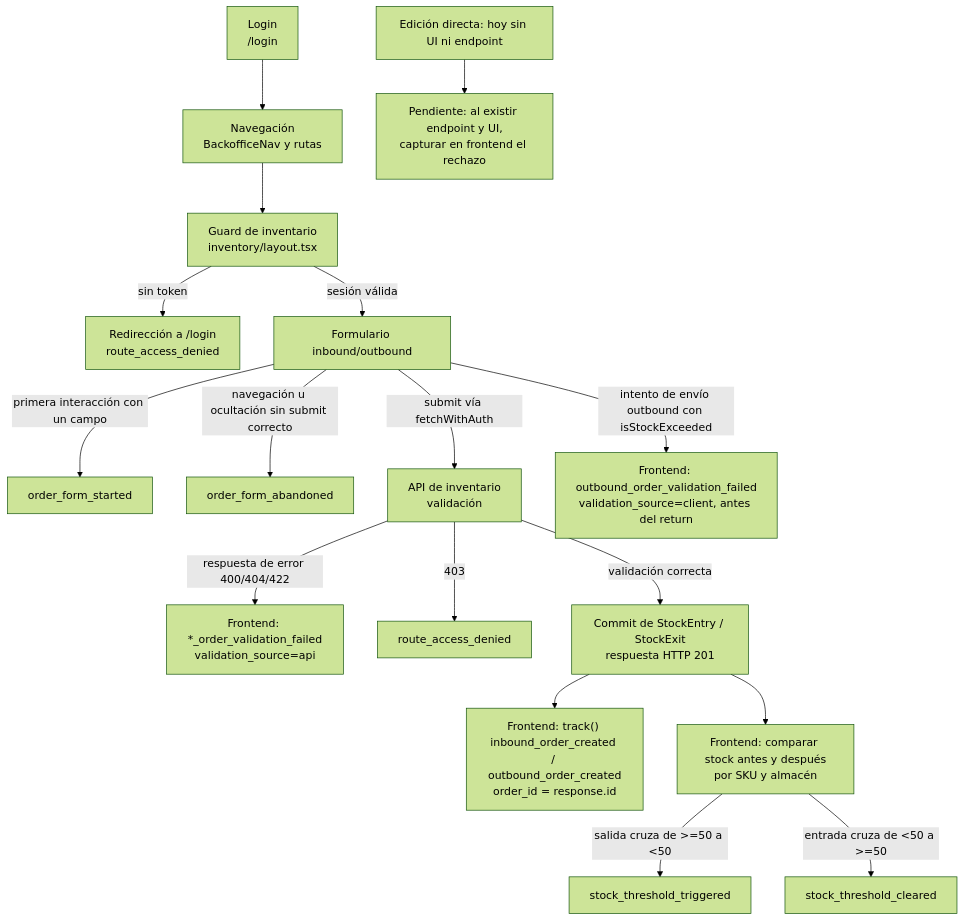
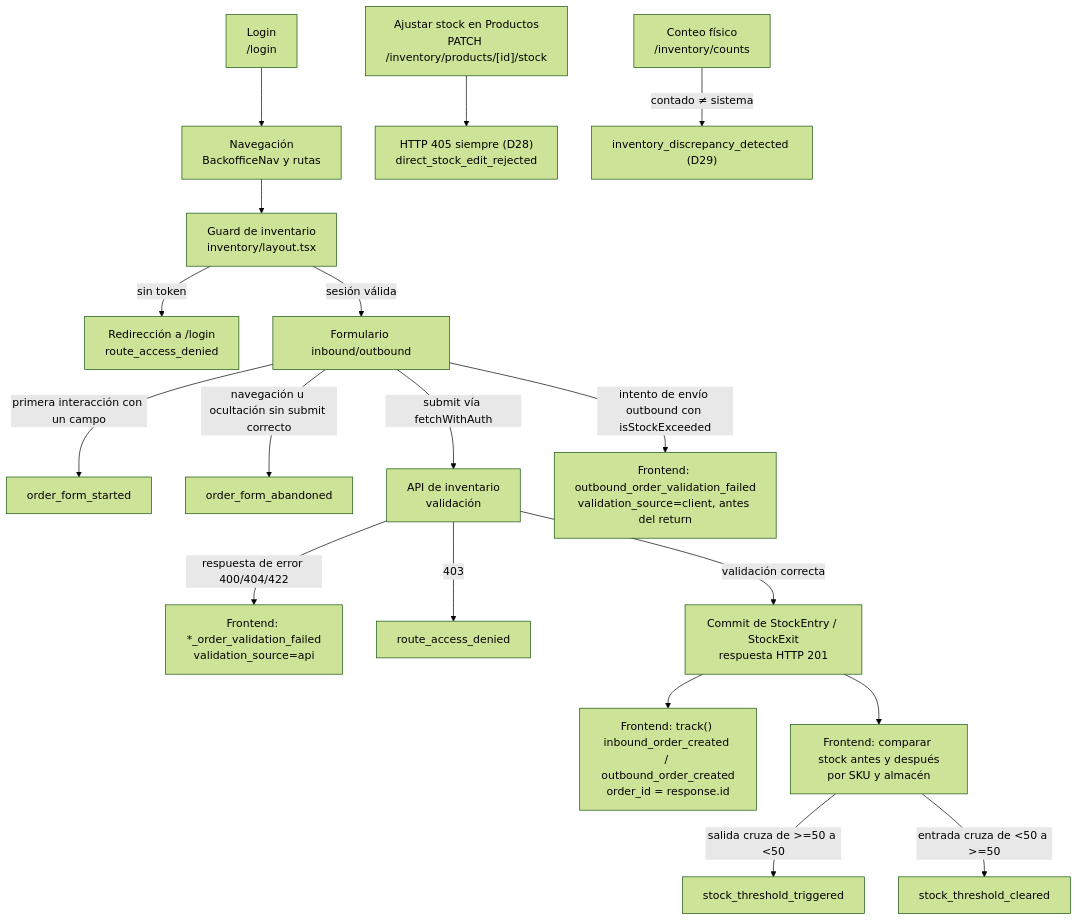
Before and after one commit to 4GeeksAcademy/Mi-Contexto-De-Empresa-Marisin: the diagram in docs/telemetry/telemetry-plan.md, drawn with Mermaid (forest theme). The commit also changed other lines of this file, not shown here.

````diff
--- a/docs/telemetry/telemetry-plan.md
+++ b/docs/telemetry/telemetry-plan.md
@@ -41,19 +41,20 @@
 ```mermaid
 flowchart TD
     A["Login<br/>/login"] --> B["Navegación<br/>BackofficeNav y rutas"]
     B --> C["Guard de inventario<br/>inventory/layout.tsx"]
     C -->|sin token| D["Redirección a /login<br/>route_access_denied"]
     C -->|sesión válida| E["Formulario inbound/outbound"]
     E -->|primera interacción con un campo| F["order_form_started"]
     E -->|navegación u ocultación sin submit correcto| G["order_form_abandoned"]
     E -->|submit vía fetchWithAuth| H["API de inventario<br/>validación"]
     H -->|respuesta de error 400/404/422| I["Frontend: *_order_validation_failed<br/>validation_source=api"]
     E -->|intento de envío outbound con isStockExceeded| I2["Frontend: outbound_order_validation_failed<br/>validation_source=client, antes del return"]
     H -->|403| J["route_access_denied"]
     H -->|validación correcta| K["Commit de StockEntry / StockExit<br/>respuesta HTTP 201"]
     K --> L["Frontend: track() inbound_order_created / outbound_order_created<br/>order_id = response.id"]
     K --> M["Frontend: comparar stock antes y después<br/>por SKU y almacén"]
     M -->|salida cruza de >=50 a <50| N["stock_threshold_triggered"]
     M -->|entrada cruza de <50 a >=50| O["stock_threshold_cleared"]
-    P["Edición directa: hoy sin UI ni endpoint"] --> Q["Pendiente: al existir endpoint y UI,<br/>capturar en frontend el rechazo"]
+    P["Ajustar stock en Productos<br/>PATCH /inventory/products/[id]/stock"] --> Q["HTTP 405 siempre (D28)<br/>direct_stock_edit_rejected"]
+    R["Conteo físico<br/>/inventory/counts"] -->|contado ≠ sistema| S["inventory_discrepancy_detected (D29)"]
 ```
````
